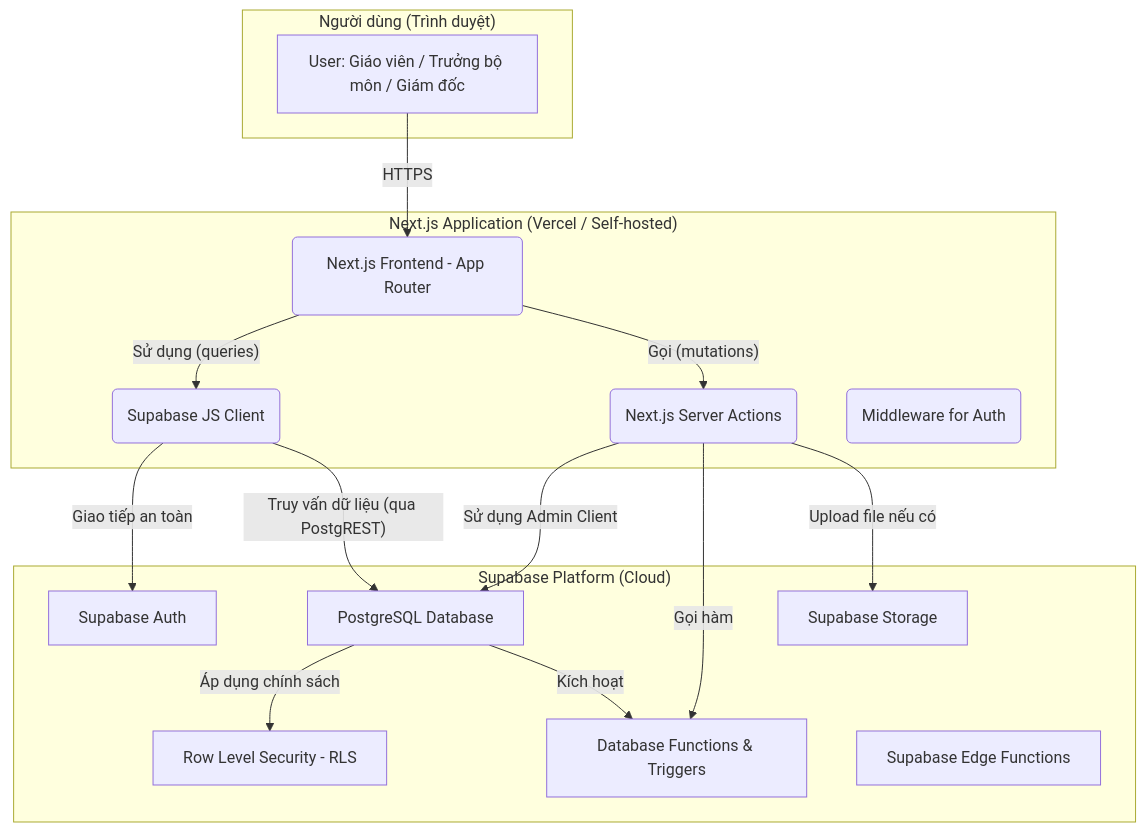
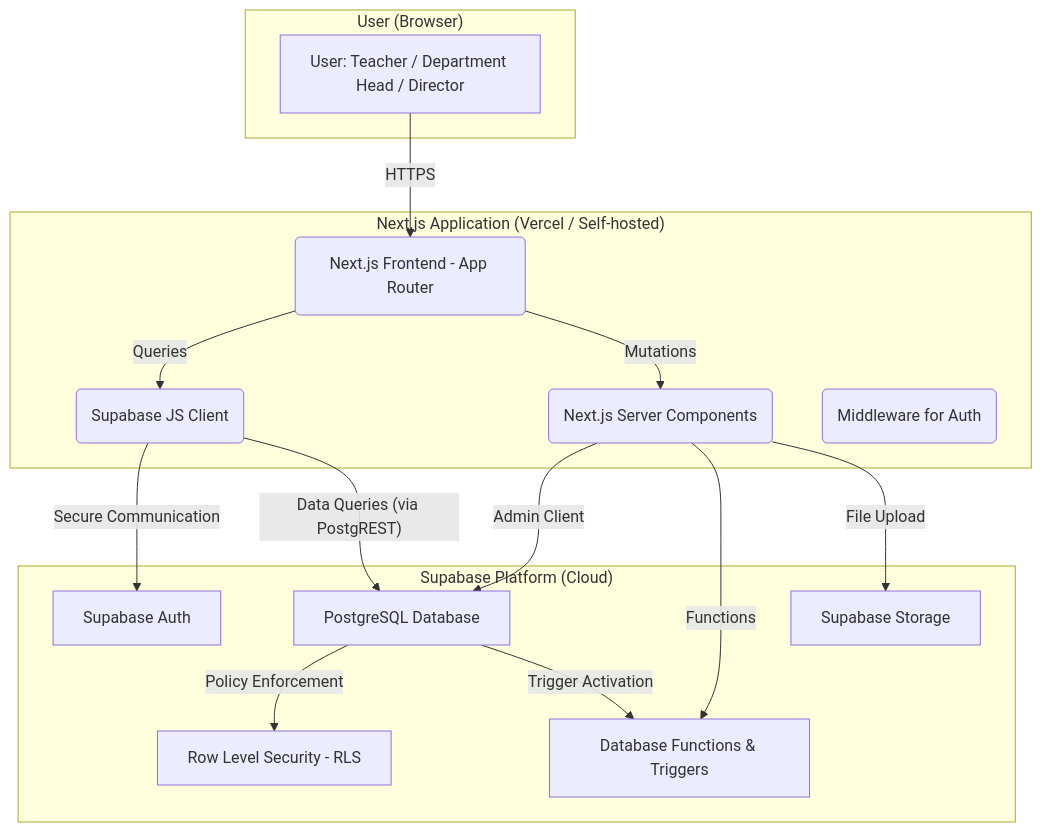
The diagram in README.md (Dat3K/viet-anh-2), drawn with Mermaid before and after one commit. The commit also changed other lines of this file and 24 other files, not shown here.

````diff
--- a/README.md
+++ b/README.md
@@ -33,33 +11,32 @@
 ```mermaid
 graph TD
-    subgraph "Người dùng (Trình duyệt)"
-        A[User: Giáo viên / Trưởng bộ môn / Giám đốc]
+    subgraph "User (Browser)"
+        A[User: Teacher / Department Head / Director]
     end
 
     subgraph "Next.js Application (Vercel / Self-hosted)"
         B(Next.js Frontend - App Router)
-        C(Next.js Server Actions)
+        C(Next.js Server Components)
         D(Supabase JS Client)
         E(Middleware for Auth)
     end
 
     subgraph "Supabase Platform (Cloud)"
         F[Supabase Auth]
         G[PostgreSQL Database]
         H[Row Level Security - RLS]
         I[Database Functions & Triggers]
         J[Supabase Storage]
-        K[Supabase Edge Functions]
     end
 
     A -- HTTPS --> B
-    B -- "Sử dụng (queries)" --> D
-    B -- "Gọi (mutations)" --> C
-    C -- "Sử dụng Admin Client" --> G
-    C -- "Gọi hàm" --> I
-    D -- "Giao tiếp an toàn" --> F
-    D -- "Truy vấn dữ liệu (qua PostgREST)" --> G
-    G -- "Áp dụng chính sách" --> H
-    G -- "Kích hoạt" --> I
-    C -- "Upload file nếu có" --> J
+    B -- "Queries" --> D
+    B -- "Mutations" --> C
+    C -- "Admin Client" --> G
+    C -- "Functions" --> I
+    D -- "Secure Communication" --> F
+    D -- "Data Queries (via PostgREST)" --> G
+    G -- "Policy Enforcement" --> H
+    G -- "Trigger Activation" --> I
+    C -- "File Upload" --> J
 ```
````
